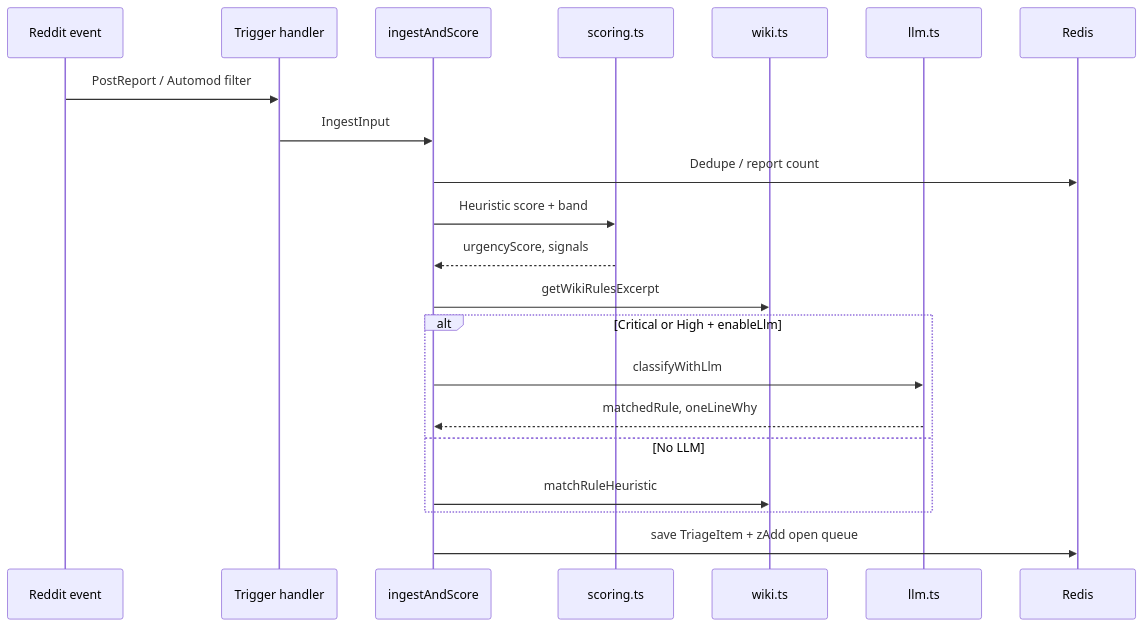
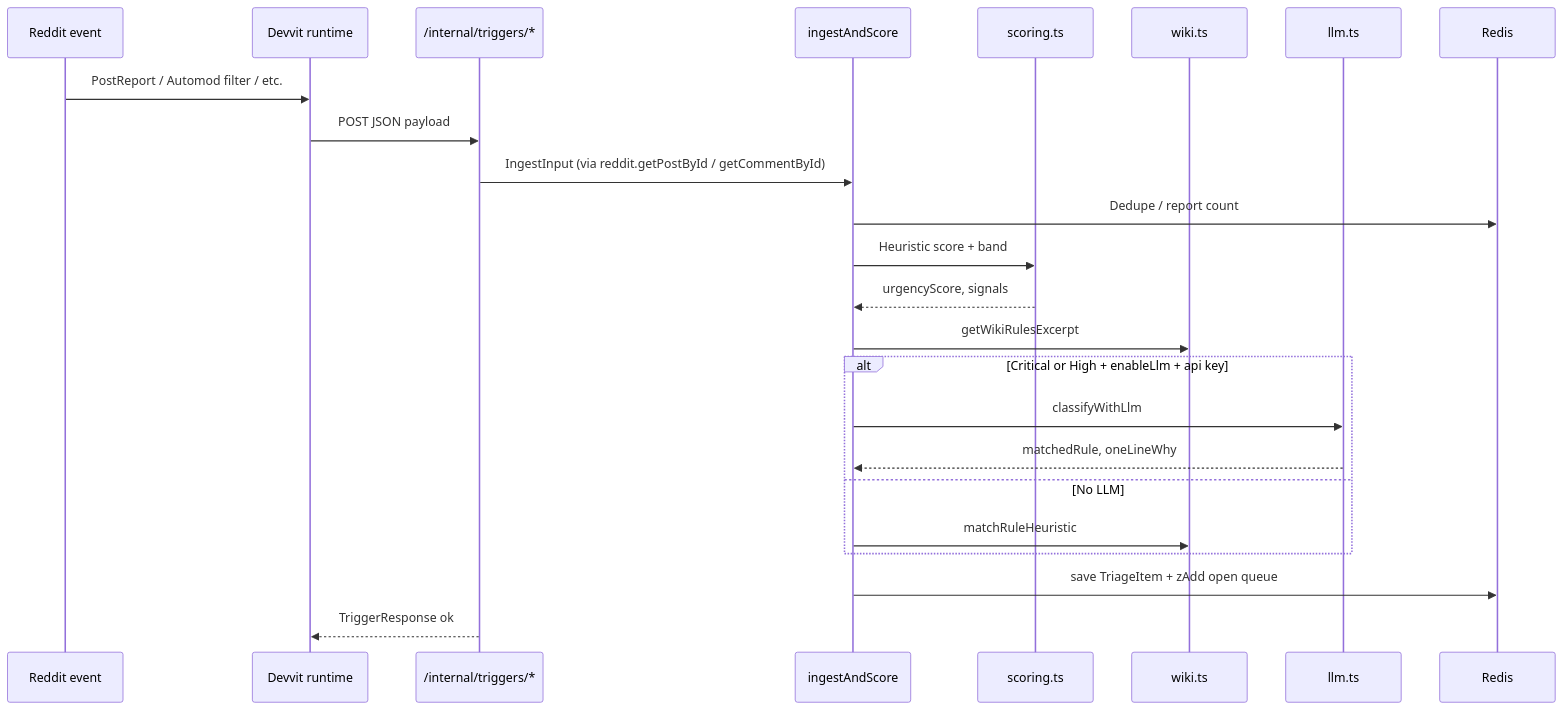
Before and after one commit to nag-gude/triageguard: the third of 6 diagrams in docs/ARCHITECTURE.md, drawn with Mermaid. The commit also changed other lines of this file and 33 other files, not shown here.

````diff
--- a/docs/ARCHITECTURE.md
+++ b/docs/ARCHITECTURE.md
@@ -100,24 +181,27 @@
 ```mermaid
 sequenceDiagram
   participant E as Reddit event
-  participant T as Trigger handler
+  participant DV as Devvit runtime
+  participant H as /internal/triggers/*
   participant I as ingestAndScore
   participant S as scoring.ts
   participant W as wiki.ts
   participant L as llm.ts
   participant R as Redis
 
-  E->>T: PostReport / Automod filter
-  T->>I: IngestInput
+  E->>DV: PostReport / Automod filter / etc.
+  DV->>H: POST JSON payload
+  H->>I: IngestInput (via reddit.getPostById / getCommentById)
   I->>R: Dedupe / report count
   I->>S: Heuristic score + band
   S-->>I: urgencyScore, signals
   I->>W: getWikiRulesExcerpt
-  alt Critical or High + enableLlm
+  alt Critical or High + enableLlm + api key
     I->>L: classifyWithLlm
     L-->>I: matchedRule, oneLineWhy
   else No LLM
     I->>W: matchRuleHeuristic
   end
   I->>R: save TriageItem + zAdd open queue
+  H-->>DV: TriggerResponse ok
 ```
````
